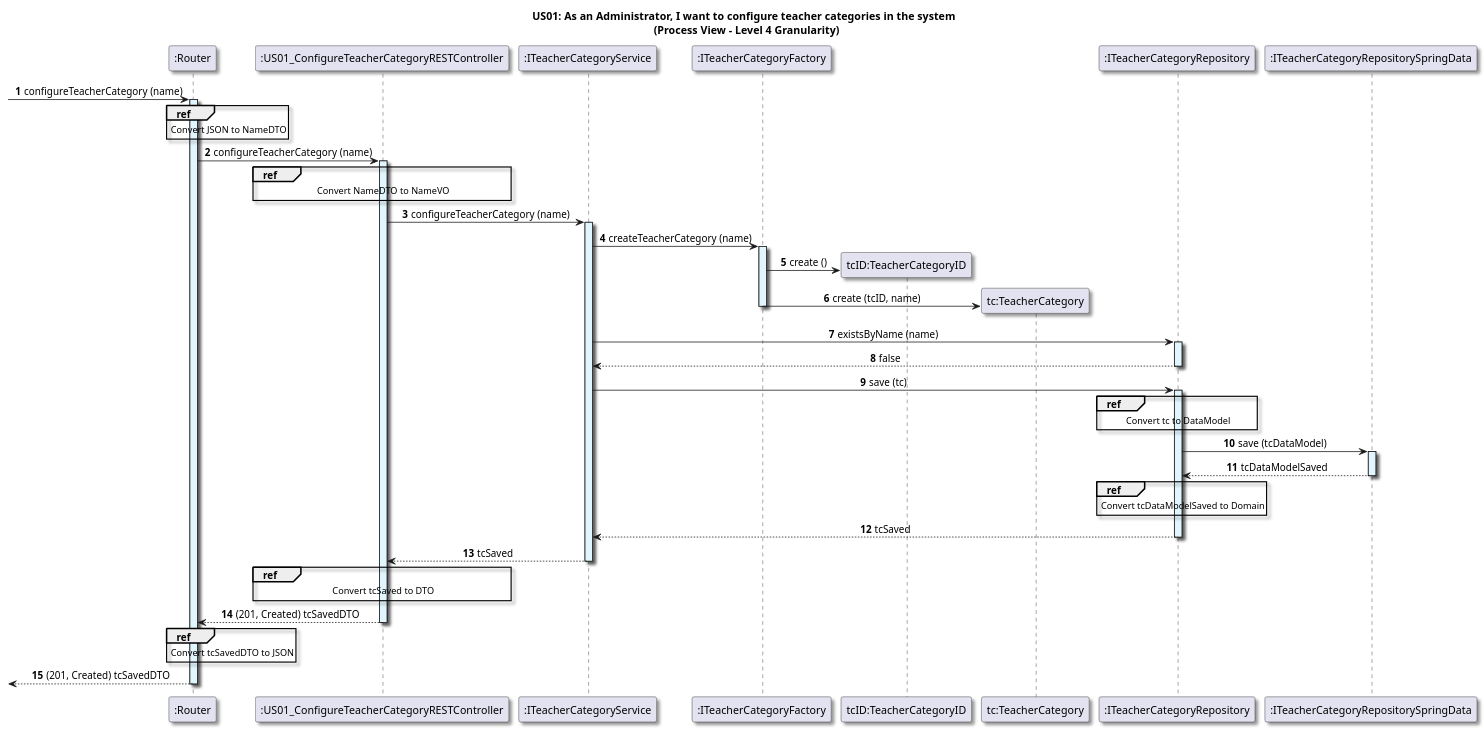
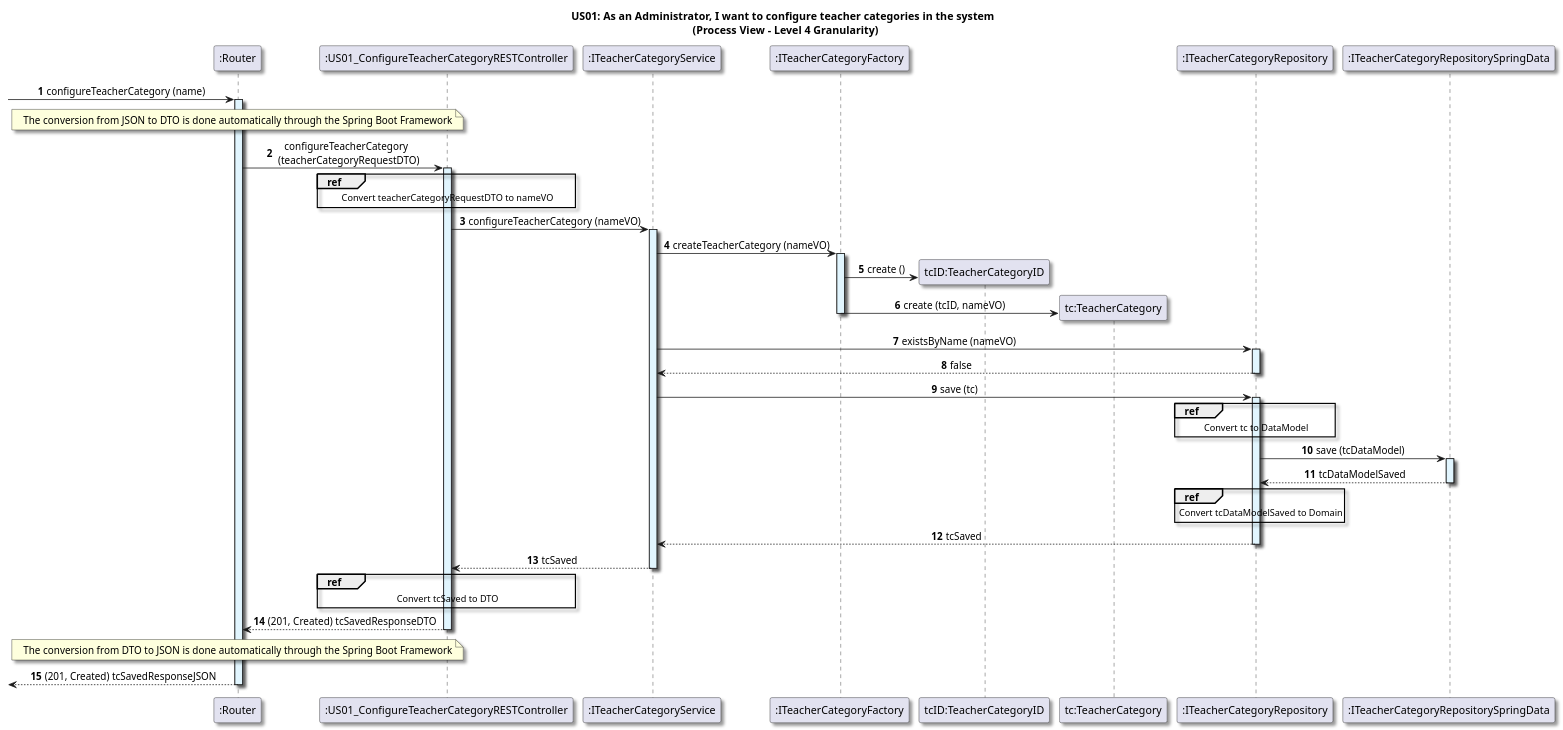
Before and after one commit to GasparISEP/DevOps-PAI: the diagram in docs/US01/Sprint6_RestAPI/ProcessView/Level4Granularity.puml, drawn with PlantUML.

Commit message:
refactor (diagram): Refactor process view diagram at level 4 granularity for configureTeacherCategory functionality (#532, #541)

```diff
--- a/docs/US01/Sprint6_RestAPI/ProcessView/Level4Granularity.puml
+++ b/docs/US01/Sprint6_RestAPI/ProcessView/Level4Granularity.puml
@@ -1,84 +1,83 @@
 @startuml
 
 title US01: As an Administrator, I want to configure teacher categories in the system \n (Process View - Level 4 Granularity)
 
 skinparam defaultTextAlignment center
 skinparam shadowing true
 
 autonumber
 
 participant ":Router" as router
 -> router: configureTeacherCategory (name)
 activate router #E1F5FE
 
-ref over router
-    Convert JSON to NameDTO
-end
+note over router: The conversion from JSON to DTO is done automatically through the Spring Boot Framework
+
 
 participant ":US01_ConfigureTeacherCategoryRESTController" as Controller
-router -> Controller: configureTeacherCategory (name)
+router -> Controller: configureTeacherCategory \n (teacherCategoryRequestDTO)
 activate Controller #E1F5FE
 
 ref over Controller
-    Convert NameDTO to NameVO
+    Convert teacherCategoryRequestDTO to nameVO
 end
 
 participant ":ITeacherCategoryService" as service
-Controller -> service: configureTeacherCategory (name)
+Controller -> service: configureTeacherCategory (nameVO)
 activate service #E1F5FE
 
 participant ":ITeacherCategoryFactory" as Factory
-service -> Factory: createTeacherCategory (name)
+service -> Factory: createTeacherCategory (nameVO)
 activate Factory #E1F5FE
 
 create "tcID:TeacherCategoryID"
 Factory -> "tcID:TeacherCategoryID": create ()
 
 create "tc:TeacherCategory"
-Factory -> "tc:TeacherCategory": create (tcID, name)
+Factory -> "tc:TeacherCategory": create (tcID, nameVO)
 deactivate Factory
 
 participant ":ITeacherCategoryRepository" as Repository
-service -> Repository: existsByName (name)
+service -> Repository: existsByName (nameVO)
 activate Repository #E1F5FE
 Repository --> service: false
 deactivate Repository
 
 service -> Repository: save (tc)
 activate Repository #E1F5FE
 
 ref over Repository
     Convert tc to DataModel
 end
 
 participant ":ITeacherCategoryRepositorySpringData" as springDataRepository
 Repository -> springDataRepository: save (tcDataModel)
 activate springDataRepository #E1F5FE
 springDataRepository --> Repository : tcDataModelSaved
 deactivate springDataRepository
 
 ref over Repository
     Convert tcDataModelSaved to Domain
 end
 
 Repository --> service: tcSaved
 deactivate Repository
 
 service --> Controller: tcSaved
 deactivate service
 
 ref over Controller
     Convert tcSaved to DTO
 end
 
-Controller --> router: (201, Created) tcSavedDTO
+Controller --> router: (201, Created) tcSavedResponseDTO
 deactivate Controller
 
-ref over router
-    Convert tcSavedDTO to JSON
-end
 
-<-- router: (201, Created) tcSavedDTO
+note over router: The conversion from DTO to JSON is done automatically through the Spring Boot Framework
+
+
+<-- router: (201, Created) tcSavedResponseJSON
 deactivate router
 
 @enduml
```
